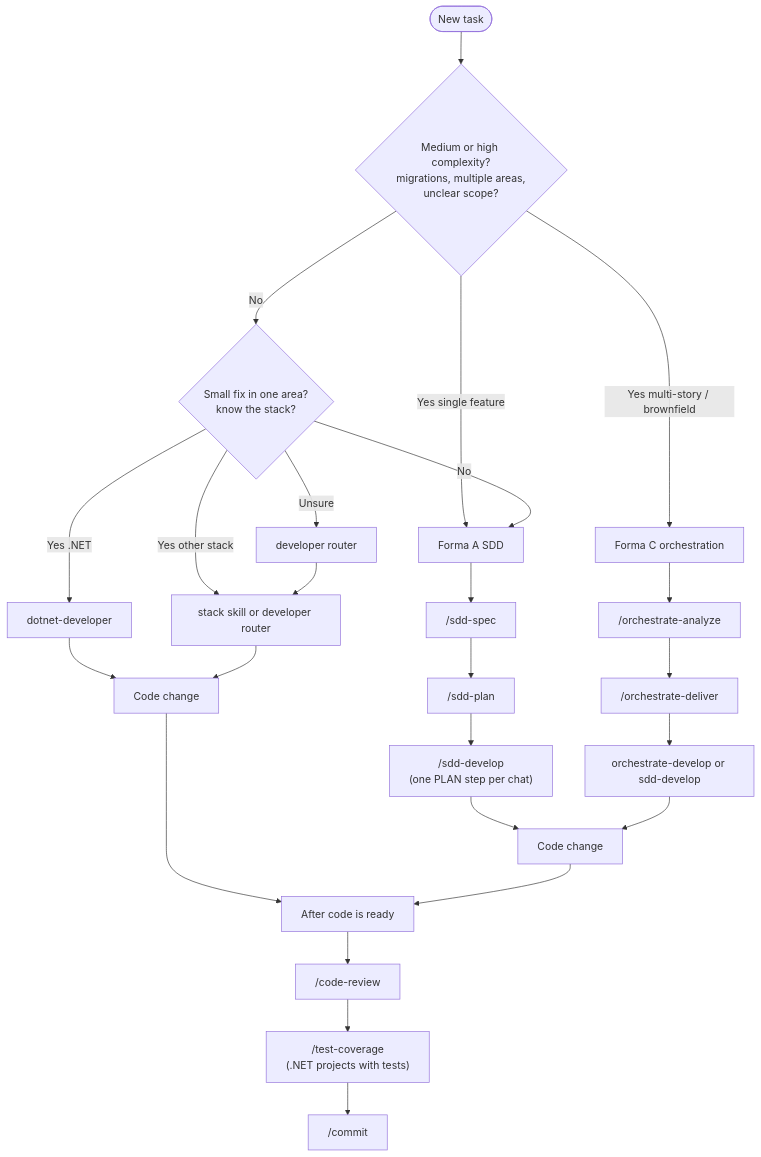
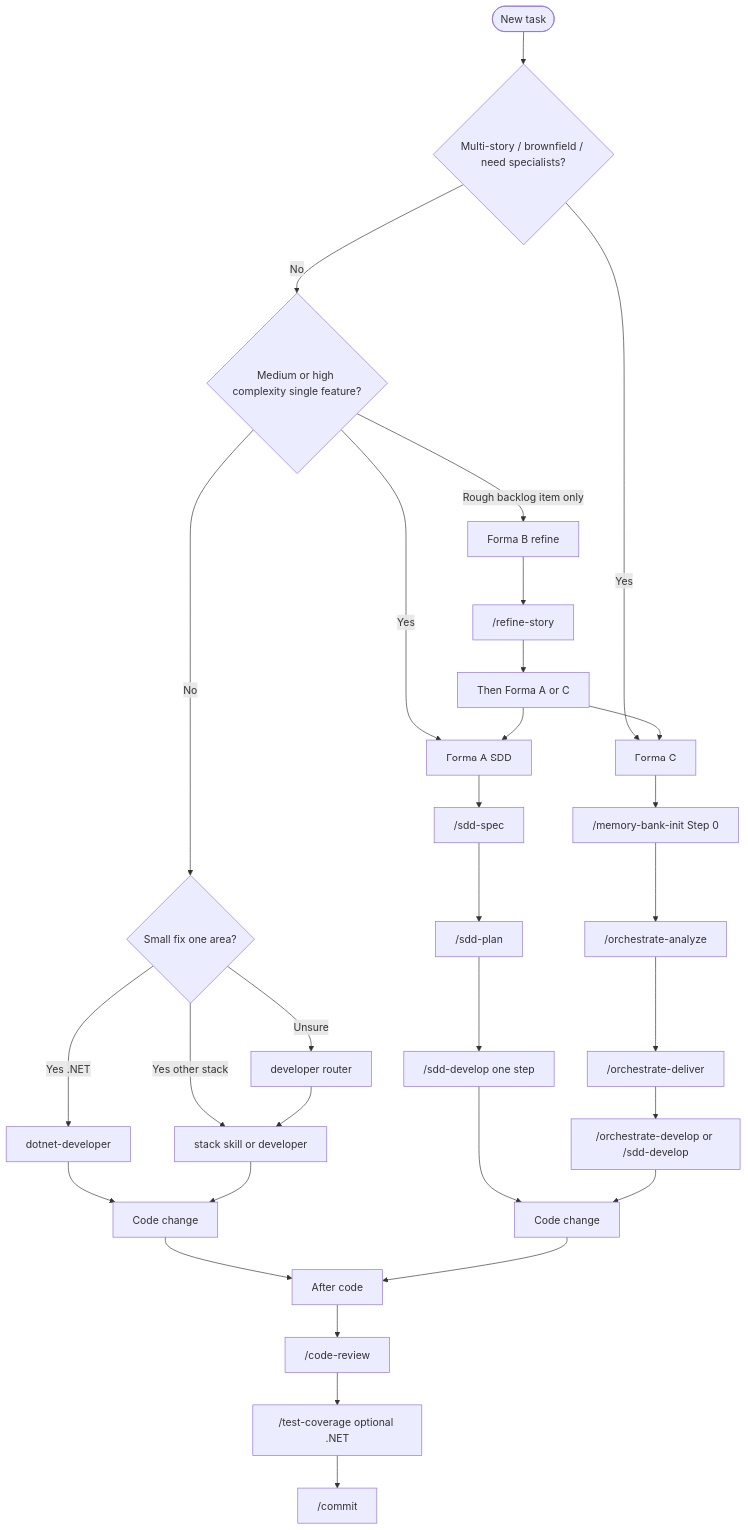
Before and after one commit to tibursocampos/cursor-dev-toolkit: the diagram in docs/guides/README.md, drawn with Mermaid. The commit also changed other lines of this file and 35 other files, not shown here.

First line of the commit message:
docs: strengthen Forma C docs and add skill validation stack

````diff
--- a/docs/guides/README.md
+++ b/docs/guides/README.md
@@ -25,27 +29,33 @@
 ```mermaid
 flowchart TD
-  Start([New task]) --> Q1{Medium or high complexity?<br/>migrations, multiple areas,<br/>unclear scope?}
-  Q1 -->|Yes multi-story / brownfield| FC[Forma C orchestration]
-  Q1 -->|Yes single feature| SDD[Forma A SDD]
-  Q1 -->|No| Q2{Small fix in one area?<br/>know the stack?}
-  Q2 -->|Yes .NET| NET[dotnet-developer]
-  Q2 -->|Yes other stack| STACK[stack skill or developer router]
-  Q2 -->|Unsure| DEV[developer router]
-  Q2 -->|No| SDD
-  DEV --> STACK
-  FC --> O1["/orchestrate-analyze"]
+  Start([New task]) --> Q1{Multi-story / brownfield / need specialists?}
+  Q1 -->|Yes| FC[Forma C]
+  Q1 -->|No| Q2{Medium or high complexity single feature?}
+  Q2 -->|Yes| SDD[Forma A SDD]
+  Q2 -->|Rough backlog item only| FB[Forma B refine]
+  Q2 -->|No| Q3{Small fix one area?}
+  Q3 -->|Yes .NET| NET[dotnet-developer]
+  Q3 -->|Yes other stack| STACK[stack skill or developer]
+  Q3 -->|Unsure| DEV[developer router]
+  FC --> S0["/memory-bank-init Step 0"]
+  S0 --> O1["/orchestrate-analyze"]
   O1 --> O2["/orchestrate-deliver"]
-  O2 --> O3["orchestrate-develop or sdd-develop"]
+  O2 --> O3["/orchestrate-develop or /sdd-develop"]
+  FB --> Refine["/refine-story"]
+  Refine --> AorC[Then Forma A or C]
   SDD --> Spec["/sdd-spec"]
   Spec --> Plan["/sdd-plan"]
-  Plan --> Impl["/sdd-develop<br/>(one PLAN step per chat)"]
+  Plan --> Impl["/sdd-develop one step"]
   NET --> DoneNet[Code change]
   STACK --> DoneNet
+  DEV --> STACK
   Impl --> DoneSdd[Code change]
   O3 --> DoneSdd
+  AorC --> SDD
+  AorC --> FC
   DoneNet --> Post
   DoneSdd --> Post
-  Post[After code is ready] --> CR["/code-review"]
-  CR --> TC["/test-coverage<br/>(.NET projects with tests)"]
+  Post[After code] --> CR["/code-review"]
+  CR --> TC["/test-coverage optional .NET"]
   TC --> Commit["/commit"]
 ```
````
